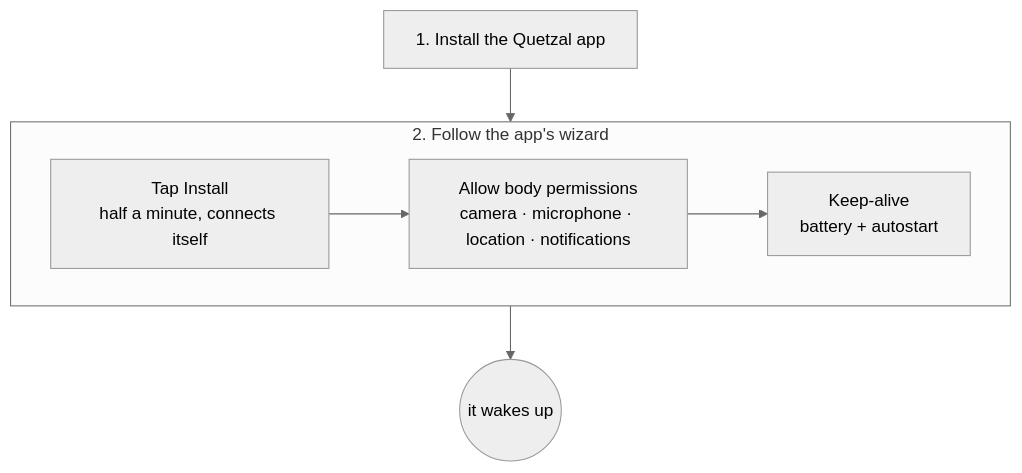
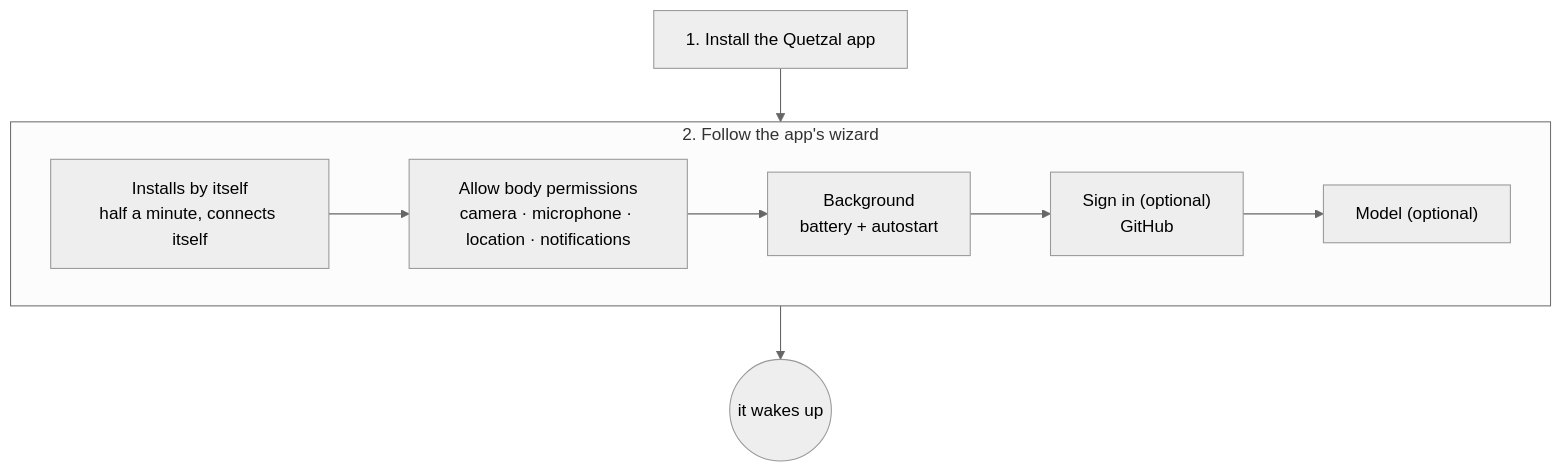
One commit to Causally-XYZ/Project.Quetzal changed the diagram in website/content/docs/en/start/install.md. Above: the diagram before and after it, drawn with Mermaid (neutral theme). The commit also changed other lines of this file and 36 other files, not shown here.

````diff
--- a/website/content/docs/en/start/install.md
+++ b/website/content/docs/en/start/install.md
@@ -10,9 +10,9 @@
 ```mermaid
 flowchart TB
   A["1. Install the Quetzal app"] --> C
   subgraph C["2. Follow the app's wizard"]
     direction LR
-    C1["Tap Install<br/>half a minute, connects itself"] --> C2["Allow body permissions<br/>camera · microphone · location · notifications"] --> C3["Keep-alive<br/>battery + autostart"]
+    C1["Installs by itself<br/>half a minute, connects itself"] --> C2["Allow body permissions<br/>camera · microphone · location · notifications"] --> C3["Background<br/>battery + autostart"] --> C4["Sign in (optional)<br/>GitHub"] --> C5["Model (optional)"]
   end
   C --> E(("it wakes up"))
 ```
````
